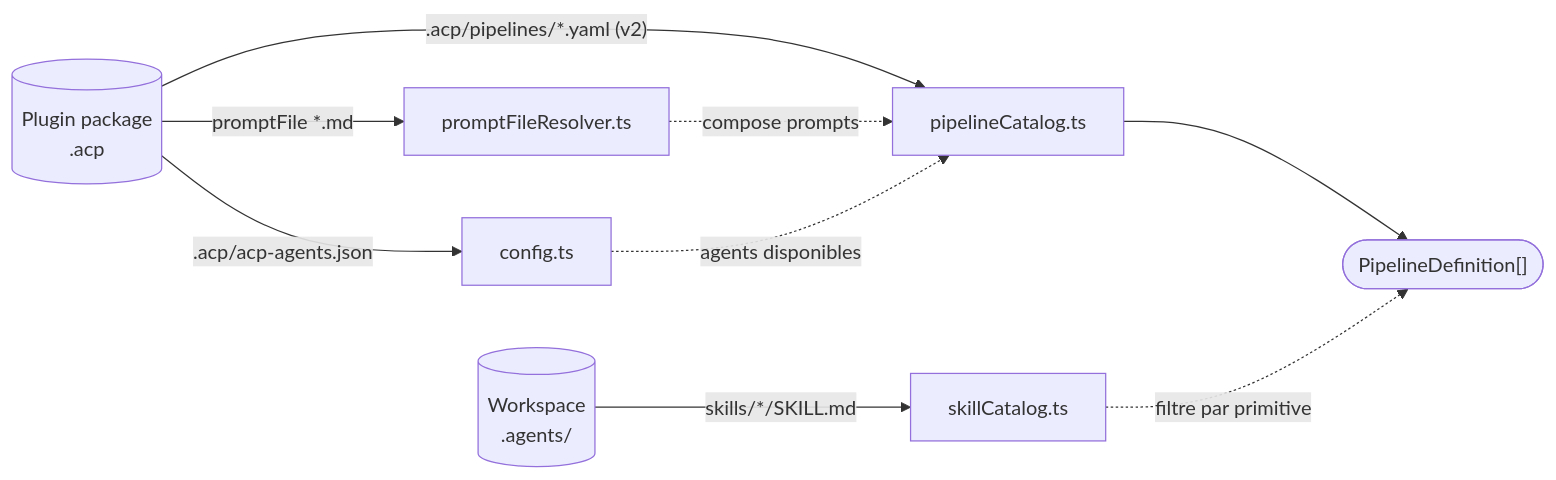
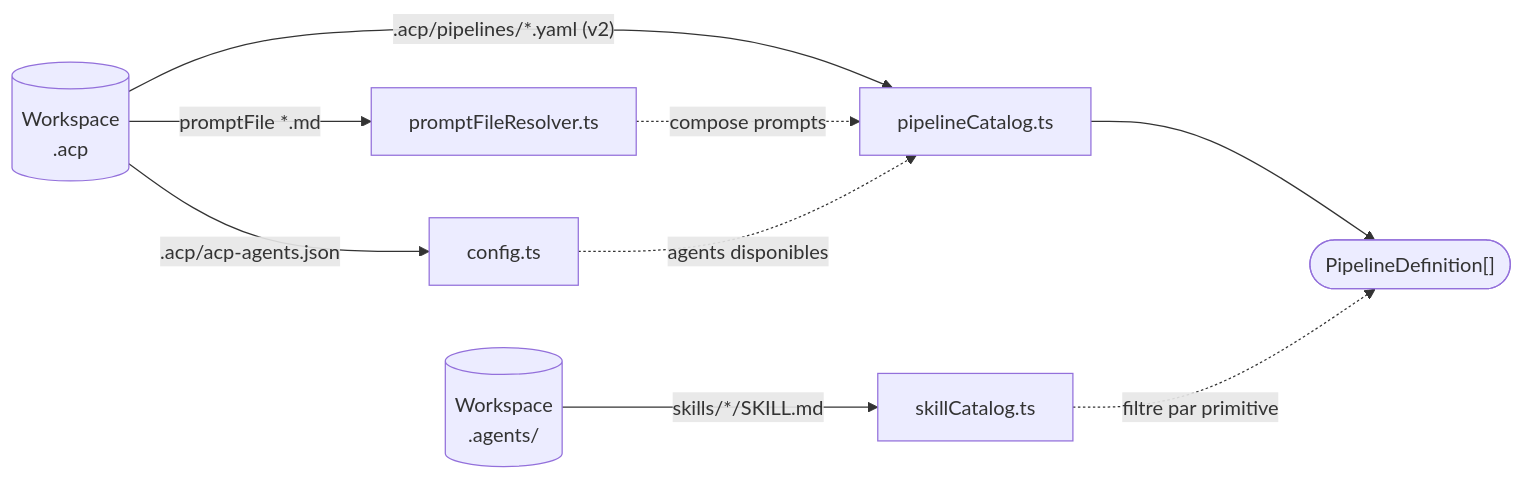
The second of 4 diagrams in plugin-pi/README.md (maurice30120/vscode-acp), drawn with Mermaid before and after one commit. The commit also changed other lines of this file and 135 other files, not shown here.

````diff
--- a/plugin-pi/README.md
+++ b/plugin-pi/README.md
@@ -286,20 +242,20 @@
 ```mermaid
 flowchart LR
-  Plugin[("Plugin package<br/>.acp")]
+  Workspace[("Workspace<br/>.acp")]
   Disk[("Workspace<br/>.agents/")]
   Cfg["config.ts"]
   Pipes["pipelineCatalog.ts"]
   PromptFiles["promptFileResolver.ts"]
   Skills["skillCatalog.ts"]
   Defs(["PipelineDefinition[]"])
 
-  Plugin -->|".acp/acp-agents.json"| Cfg
-  Plugin -->|".acp/pipelines/*.yaml (v2)"| Pipes
-  Plugin -->|"promptFile *.md"| PromptFiles
+  Workspace -->|".acp/acp-agents.json"| Cfg
+  Workspace -->|".acp/pipelines/*.yaml (v2)"| Pipes
+  Workspace -->|"promptFile *.md"| PromptFiles
   Disk -->|"skills/*/SKILL.md"| Skills
 
   Pipes --> Defs
   PromptFiles -.->|"compose prompts"| Pipes
   Cfg -.->|"agents disponibles"| Pipes
   Skills -.->|"filtre par primitive"| Defs
 ```
````
